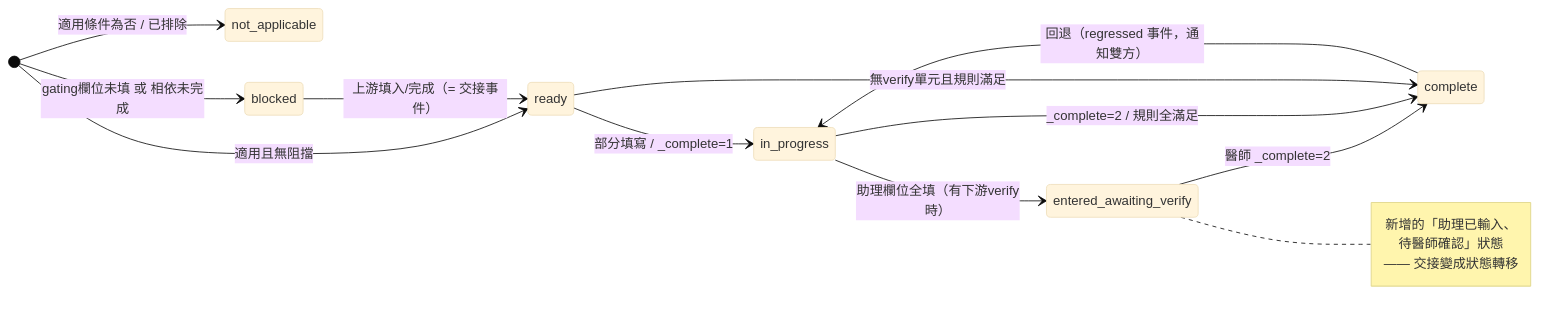
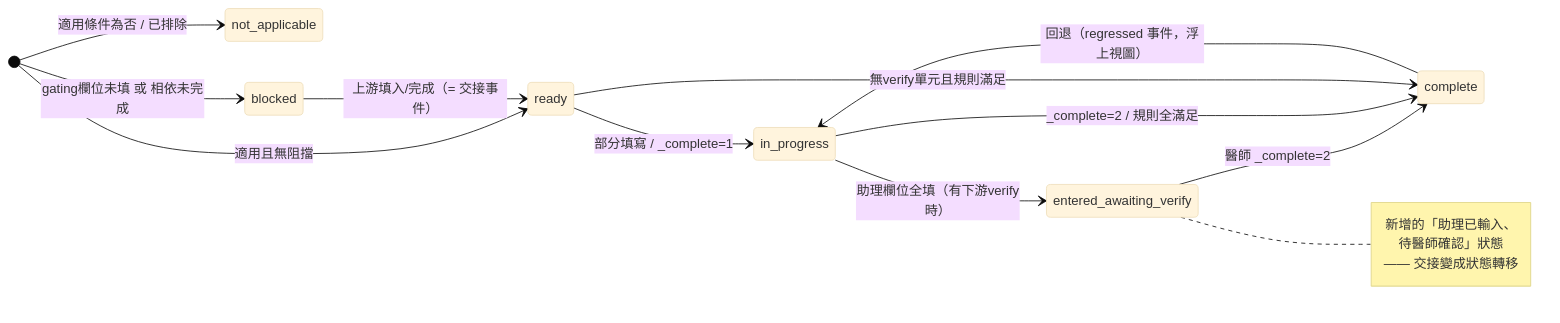
The second of 2 diagrams in docs/management-system-redesign.md (kpfzboekbof/NTUHHYCARD-Dashboard), drawn with Mermaid (base theme) before and after one commit. The commit also changed other lines of this file, not shown here.

````diff
--- a/docs/management-system-redesign.md
+++ b/docs/management-system-redesign.md
@@ -341,19 +341,19 @@
 ```mermaid
 stateDiagram-v2
     direction LR
     [*] --> not_applicable : 適用條件為否 / 已排除
     [*] --> blocked : gating欄位未填 或 相依未完成
     [*] --> ready : 適用且無阻擋
     blocked --> ready : 上游填入/完成（= 交接事件）
     ready --> in_progress : 部分填寫 / _complete=1
     in_progress --> entered_awaiting_verify : 助理欄位全填（有下游verify時）
     entered_awaiting_verify --> complete : 醫師 _complete=2
     in_progress --> complete : _complete=2 / 規則全滿足
     ready --> complete : 無verify單元且規則滿足
-    complete --> in_progress : 回退（regressed 事件，通知雙方）
+    complete --> in_progress : 回退（regressed 事件，浮上視圖）
     note right of entered_awaiting_verify
         新增的「助理已輸入、
         待醫師確認」狀態
         —— 交接變成狀態轉移
     end note
 ```
````
